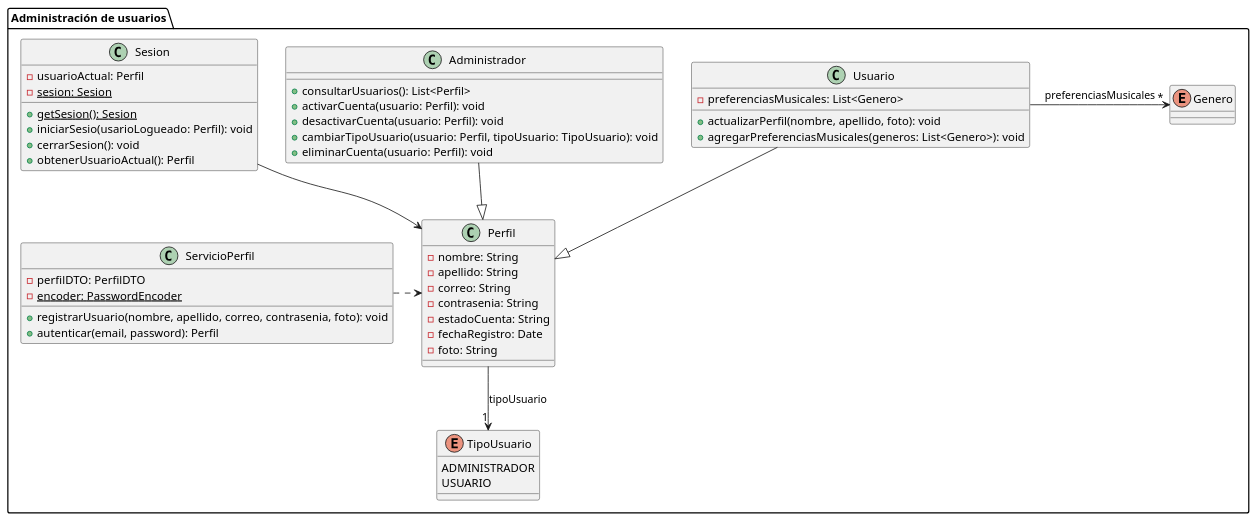
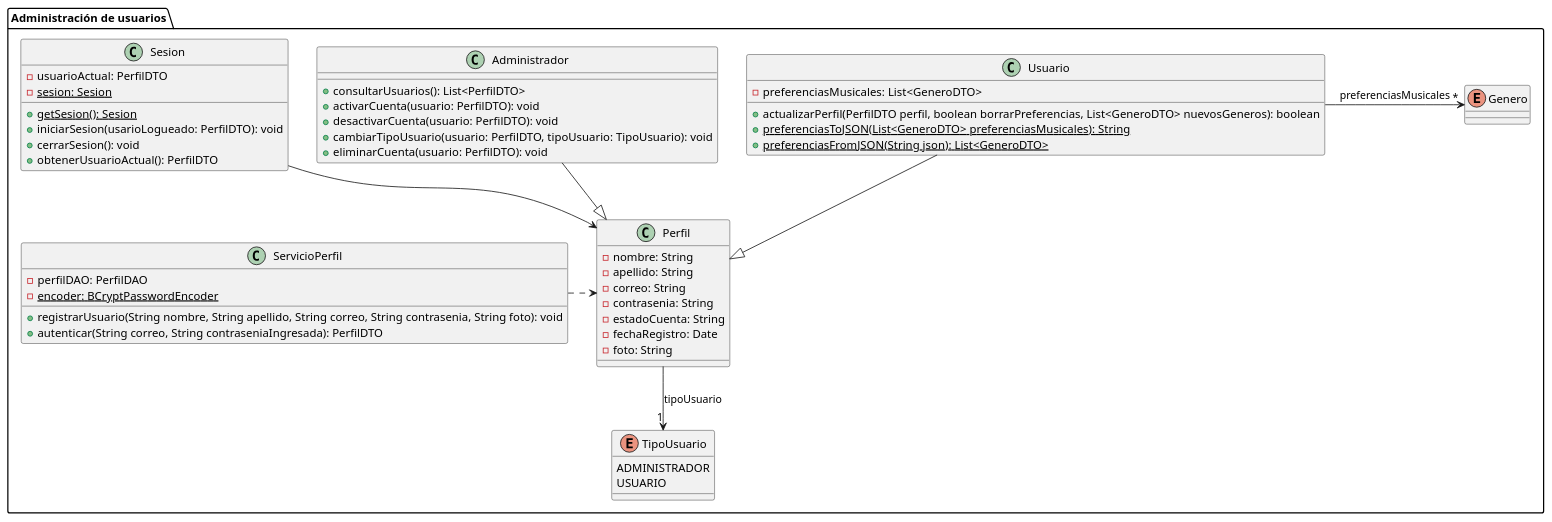
Before and after one commit to BaphomeT-T/InkHarmony: the diagram in design/DiagramaAdministracionUsuarios.puml, drawn with PlantUML.

Commit message:
Actualización de diagrama de clases y arreglo de tipeo

```diff
--- a/design/DiagramaAdministracionUsuarios.puml
+++ b/design/DiagramaAdministracionUsuarios.puml
@@ -1,58 +1,60 @@
 @startuml
 package "Administración de usuarios" {
   class Perfil {
     - nombre: String
     - apellido: String
     - correo: String
     - contrasenia: String
     - estadoCuenta: String
     - fechaRegistro: Date
     - foto: String
   }
 
   class Usuario {
-    - preferenciasMusicales: List<Genero>
-    + actualizarPerfil(nombre, apellido, foto): void
-    + agregarPreferenciasMusicales(generos: List<Genero>): void
+    - preferenciasMusicales: List<GeneroDTO>
+    + actualizarPerfil(PerfilDTO perfil, boolean borrarPreferencias, List<GeneroDTO> nuevosGeneros): boolean
+    + {static} preferenciasToJSON(List<GeneroDTO> preferenciasMusicales): String
+    + {static}  preferenciasFromJSON(String json): List<GeneroDTO>
   }
 
   class Administrador {
-    + consultarUsuarios(): List<Perfil>
-    + activarCuenta(usuario: Perfil): void
-    + desactivarCuenta(usuario: Perfil): void
-    + cambiarTipoUsuario(usuario: Perfil, tipoUsuario: TipoUsuario): void
-    + eliminarCuenta(usuario: Perfil): void
+    + consultarUsuarios(): List<PerfilDTO>
+    + activarCuenta(usuario: PerfilDTO): void
+    + desactivarCuenta(usuario: PerfilDTO): void
+    + cambiarTipoUsuario(usuario: PerfilDTO, tipoUsuario: TipoUsuario): void
+    + eliminarCuenta(usuario: PerfilDTO): void
   }
 
   class ServicioPerfil {
-    - perfilDTO: PerfilDTO
-    - {static} encoder: PasswordEncoder
-    + registrarUsuario(nombre, apellido, correo, contrasenia, foto): void
-    + autenticar(email, password): Perfil
+    - perfilDAO: PerfilDAO
+    - {static} encoder: BCryptPasswordEncoder
+    + registrarUsuario(String nombre, String apellido, String correo, String contrasenia, String foto): void
+    + autenticar(String correo, String contraseniaIngresada): PerfilDTO
   }
-  Enum Genero
   Enum TipoUsuario {
   ADMINISTRADOR
   USUARIO
   }
   class Sesion {
-    - usuarioActual: Perfil
+    - usuarioActual: PerfilDTO
     - {static} sesion: Sesion
     + {static} getSesion(): Sesion
-    + iniciarSesio(usarioLogueado: Perfil): void
+    + iniciarSesion(usarioLogueado: PerfilDTO): void
     + cerrarSesion(): void
-    + obtenerUsuarioActual(): Perfil
+    + obtenerUsuarioActual(): PerfilDTO
   }
+
+  Enum Genero
 
   ServicioPerfil .> Perfil
   Usuario --|> Perfil
   Administrador --|> Perfil
   Usuario -> "*" Genero : preferenciasMusicales
   Perfil --> "1" TipoUsuario: tipoUsuario
   Sesion --> Perfil
 
 }
 
 
 
 @enduml
```
